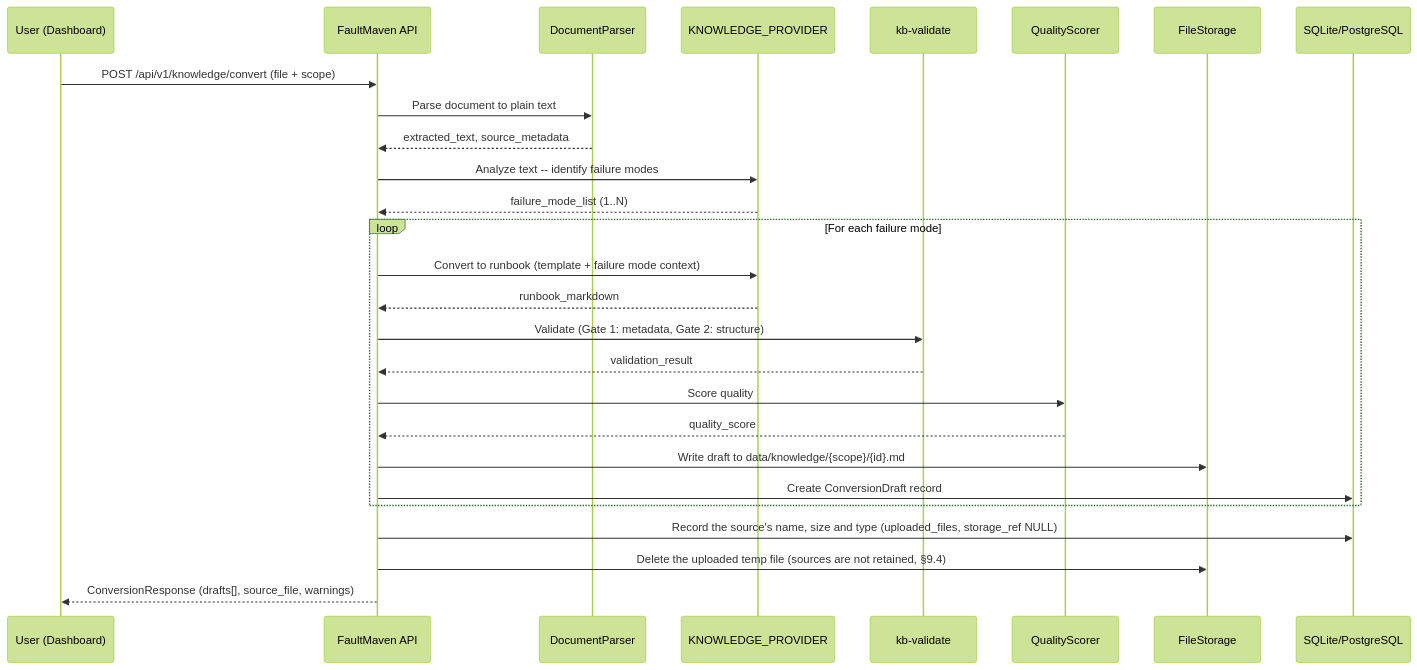
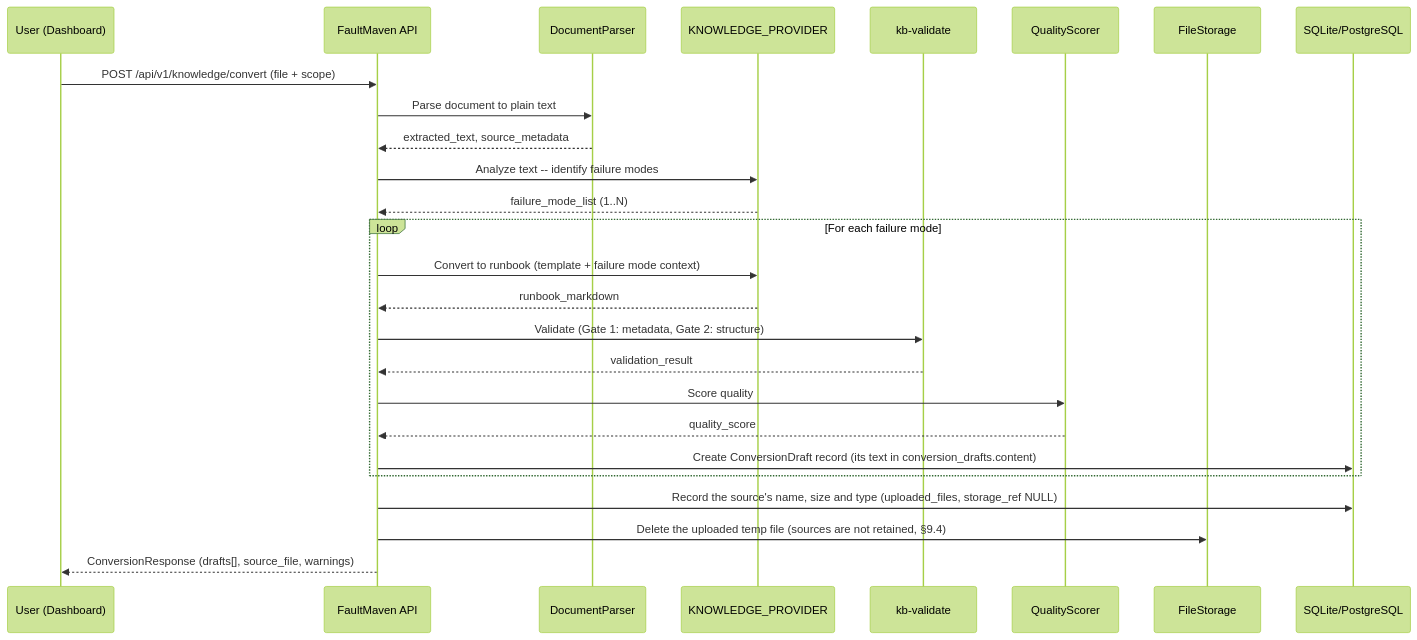
The first of 3 diagrams in docs/architecture/knowledge-and-ai/document-to-runbook-conversion.md (FaultMaven/faultmaven), drawn with Mermaid (forest theme) before and after one commit. The commit also changed other lines of this file and 9 other files, not shown here.

First line of the commit message:
docs(knowledge): drafts live in conversion_drafts.content; contract 13.6.0 (#1950)

````diff
--- a/docs/architecture/knowledge-and-ai/document-to-runbook-conversion.md
+++ b/docs/architecture/knowledge-and-ai/document-to-runbook-conversion.md
@@ -39,30 +39,29 @@
 ```mermaid
 sequenceDiagram
     participant U as User (Dashboard)
     participant API as FaultMaven API
     participant DP as DocumentParser
     participant LLM as KNOWLEDGE_PROVIDER
     participant VAL as kb-validate
     participant QS as QualityScorer
     participant FS as FileStorage
     participant DB as SQLite/PostgreSQL
 
     U->>API: POST /api/v1/knowledge/convert (file + scope)
     API->>DP: Parse document to plain text
     DP-->>API: extracted_text, source_metadata
     API->>LLM: Analyze text -- identify failure modes
     LLM-->>API: failure_mode_list (1..N)
     loop For each failure mode
         API->>LLM: Convert to runbook (template + failure mode context)
         LLM-->>API: runbook_markdown
         API->>VAL: Validate (Gate 1: metadata, Gate 2: structure)
         VAL-->>API: validation_result
         API->>QS: Score quality
         QS-->>API: quality_score
-        API->>FS: Write draft to data/knowledge/{scope}/{id}.md
-        API->>DB: Create ConversionDraft record
+        API->>DB: Create ConversionDraft record (its text in conversion_drafts.content)
     end
     API->>DB: Record the source's name, size and type (uploaded_files, storage_ref NULL)
     API->>FS: Delete the uploaded temp file (sources are not retained, §9.4)
     API-->>U: ConversionResponse (drafts[], source_file, warnings)
 ```
````
